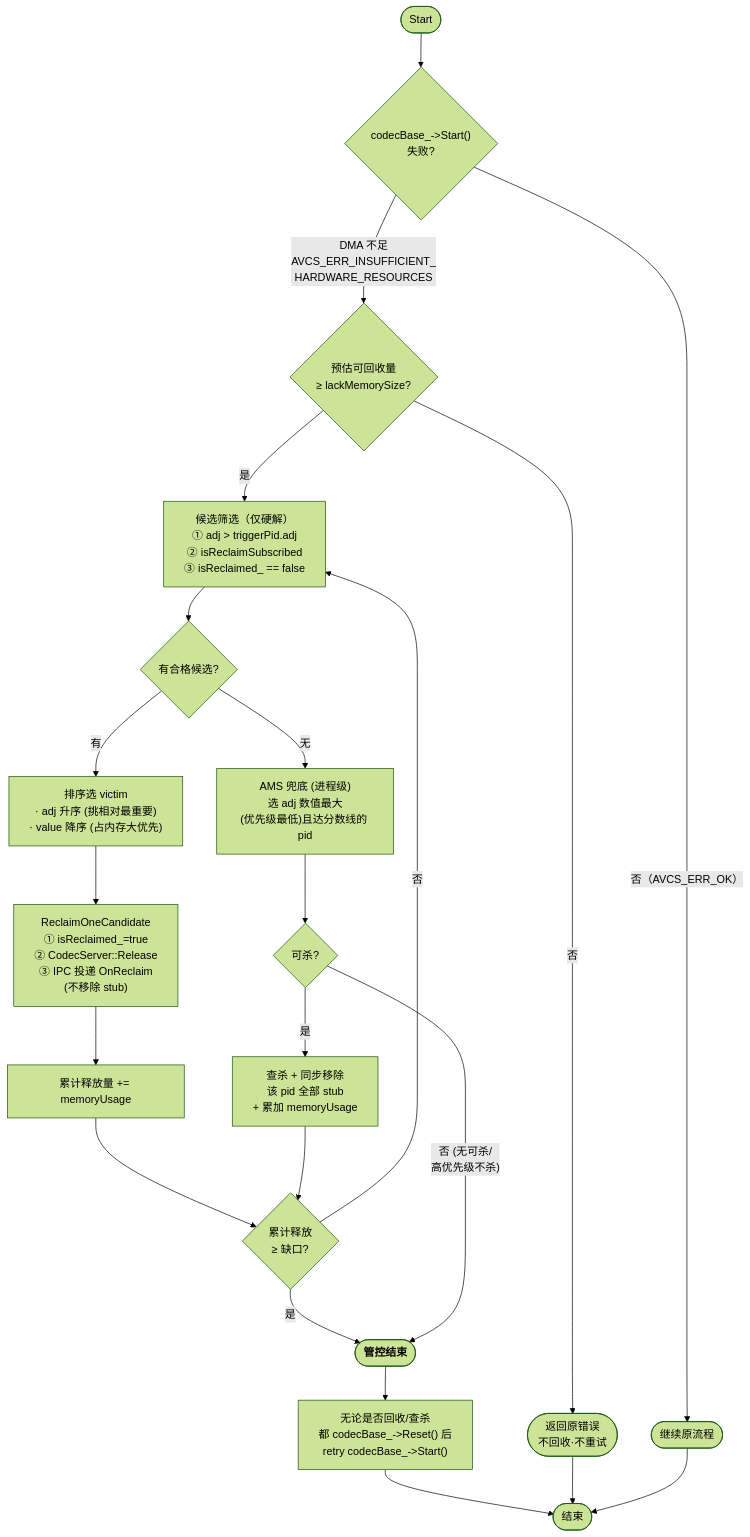
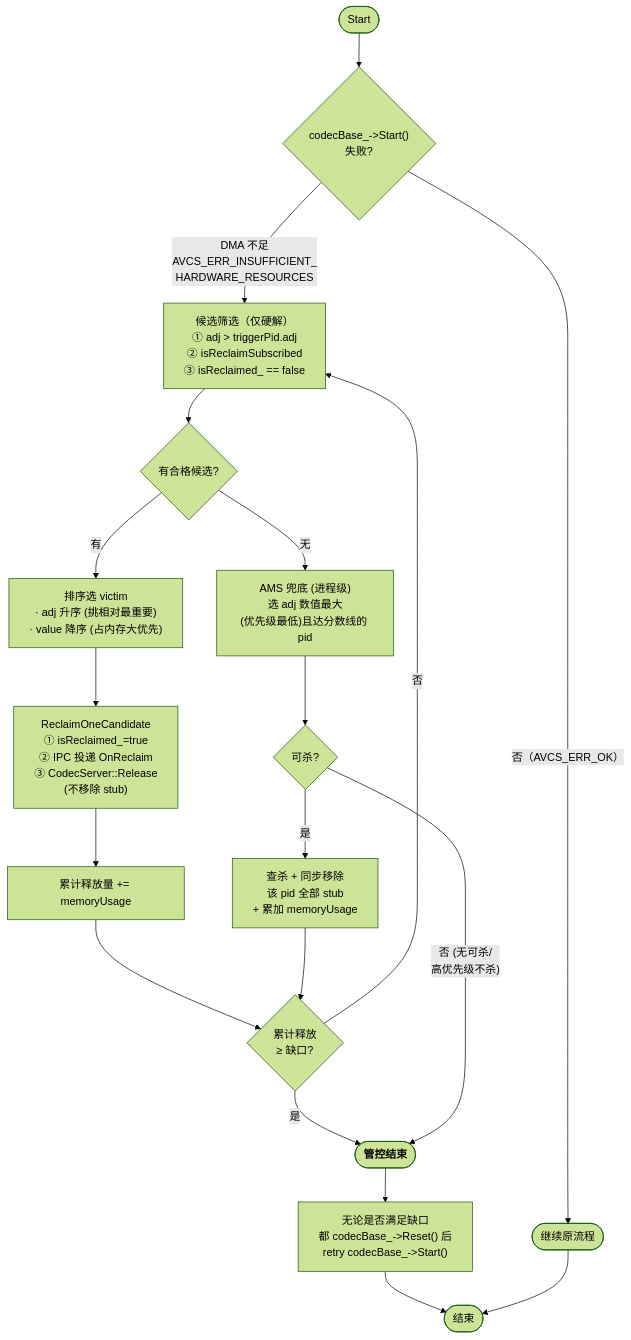
The second of 5 diagrams in docs/实例回收实现方案.md (openharmony-qemu/multimedia_av_codec), drawn with Mermaid (forest theme) before and after one commit. The commit also changed other lines of this file and 4 other files, not shown here.

````diff
--- a/docs/实例回收实现方案.md
+++ b/docs/实例回收实现方案.md
@@ -64,33 +64,28 @@
 ```mermaid
 flowchart TD
     A(["Start"]) --> S1{"codecBase_->Start()<br/>失败?"}
     S1 -->|"否（AVCS_ERR_OK）"| Z(["继续原流程"])
-    S1 -->|"DMA 不足<br/>AVCS_ERR_INSUFFICIENT_<br/>HARDWARE_RESOURCES"| S2
-
-    S2{"预估可回收量<br/>≥ lackMemorySize?"}
-    S2 -->|"否"| S3(["返回原错误<br/>不回收·不重试"])
-    S2 -->|"是"| CAND
+    S1 -->|"DMA 不足<br/>AVCS_ERR_INSUFFICIENT_<br/>HARDWARE_RESOURCES"| CAND
 
     CAND["候选筛选（仅硬解）<br/>① adj > triggerPid.adj<br/>② isReclaimSubscribed<br/>③ isReclaimed_ == false"] --> C_OK{"有合格候选?"}
 
     C_OK -->|"有"| SORT
     C_OK -->|"无"| AMS
 
     SORT["排序选 victim<br/>· adj 升序 (挑相对最重要)<br/>· value 降序 (占内存大优先)"] --> REC
-    REC["ReclaimOneCandidate<br/>① isReclaimed_=true<br/>② CodecServer::Release<br/>③ IPC 投递 OnReclaim<br/>(不移除 stub)"]
+    REC["ReclaimOneCandidate<br/>① isReclaimed_=true<br/>② IPC 投递 OnReclaim<br/>③ CodecServer::Release<br/>(不移除 stub)"]
     REC --> ADD["累计释放量 += memoryUsage"]
     ADD --> STOP{"累计释放<br/>≥ 缺口?"}
     STOP -->|"否"| CAND
     STOP -->|"是"| K
 
     AMS["AMS 兜底 (进程级)<br/>选 adj 数值最大<br/>(优先级最低)且达分数线的 pid"]
     AMS --> AMS2{"可杀?"}
     AMS2 -->|"否 (无可杀/<br/>高优先级不杀)"| K
     AMS2 -->|是| AMS3["查杀 + 同步移除<br/>该 pid 全部 stub<br/>+ 累加 memoryUsage"]
     AMS3 --> STOP
 
-    K(["<b>管控结束</b>"]) --> RT["无论是否回收/查杀<br/>都 codecBase_->Reset() 后<br/>retry codecBase_->Start()"]
+    K(["<b>管控结束</b>"]) --> RT["无论是否满足缺口<br/>都 codecBase_->Reset() 后<br/>retry codecBase_->Start()"]
     RT --> END(["结束"])
-    S3 --> END
     Z --> END
 ```
````
